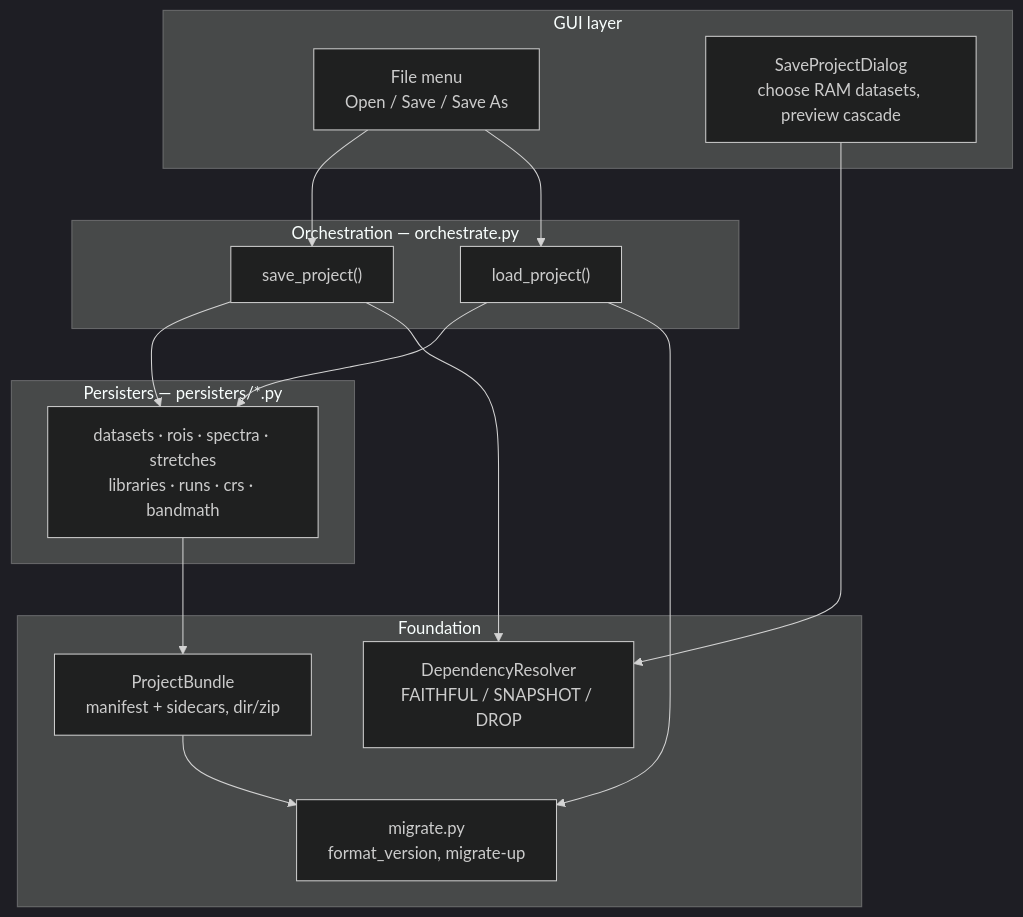
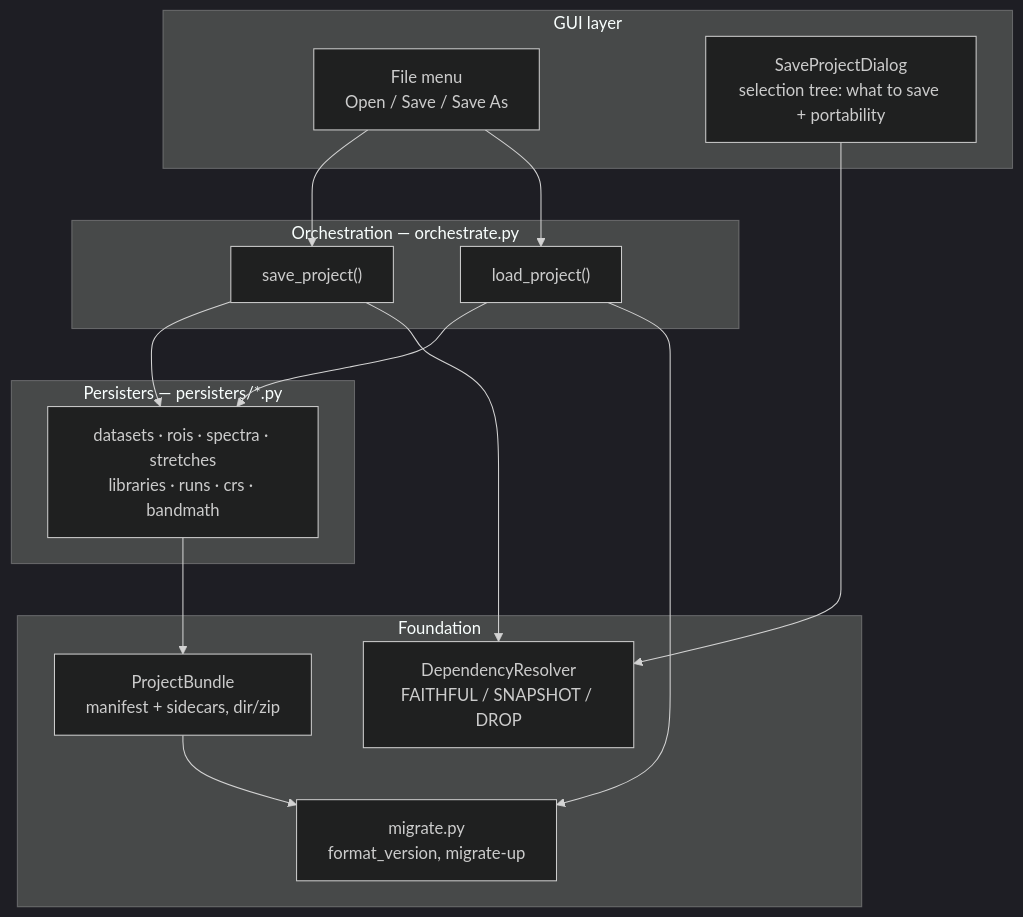
Before and after one commit to Ehlmann-research-group/WISER: the first of 3 diagrams in doc/sphinx-general-wiser-docs/source/developer-content/save-to-project.md, drawn with Mermaid (dark theme). The commit also changed other lines of this file, not shown here.

First line of the commit message:
docs(project): document self-contained save and the granular selection tree

````diff
--- a/doc/sphinx-general-wiser-docs/source/developer-content/save-to-project.md
+++ b/doc/sphinx-general-wiser-docs/source/developer-content/save-to-project.md
@@ -33,27 +40,27 @@
 ```{mermaid}
 flowchart TB
     subgraph UI["GUI layer"]
         Menu["File menu<br/>Open / Save / Save As"]
-        Dialog["SaveProjectDialog<br/>choose RAM datasets, preview cascade"]
+        Dialog["SaveProjectDialog<br/>selection tree: what to save + portability"]
     end
     subgraph Orch["Orchestration — orchestrate.py"]
         Save["save_project()"]
         Load["load_project()"]
     end
     subgraph Pers["Persisters — persisters/*.py"]
         P["datasets · rois · spectra · stretches<br/>libraries · runs · crs · bandmath"]
     end
     subgraph Core["Foundation"]
         Bundle["ProjectBundle<br/>manifest + sidecars, dir/zip"]
         Resolver["DependencyResolver<br/>FAITHFUL / SNAPSHOT / DROP"]
         Migrate["migrate.py<br/>format_version, migrate-up"]
     end
     Menu --> Save & Load
     Dialog --> Resolver
     Save --> P
     Load --> P
     P --> Bundle
     Save --> Resolver
     Load --> Migrate
     Bundle --> Migrate
 ```
````
